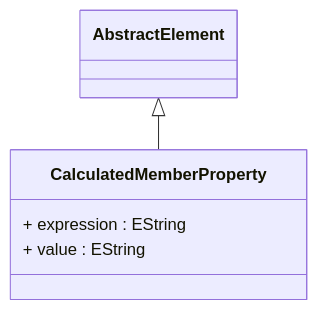
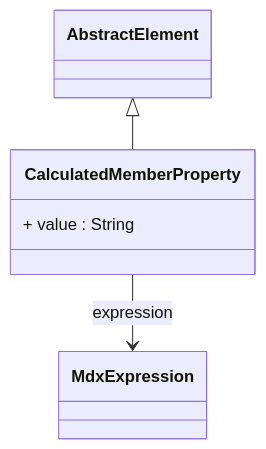
The diagram in docs/cubeserver/model/class-CalculatedMemberProperty.md (eclipse-daanse/eclipse-daanse.github.io), drawn with Mermaid before and after one commit. The commit also changed other lines of this file and 138 other files, not shown here.

````diff
--- a/docs/cubeserver/model/class-CalculatedMemberProperty.md
+++ b/docs/cubeserver/model/class-CalculatedMemberProperty.md
@@ -74,10 +76,10 @@
 ```mermaid
 classDiagram
   class CalculatedMemberProperty {
-    + expression : EString
-    + value : EString
+    + value : String
   }
 
   AbstractElement <|-- CalculatedMemberProperty
+  CalculatedMemberProperty --> MdxExpression : expression
 
 ```
````
